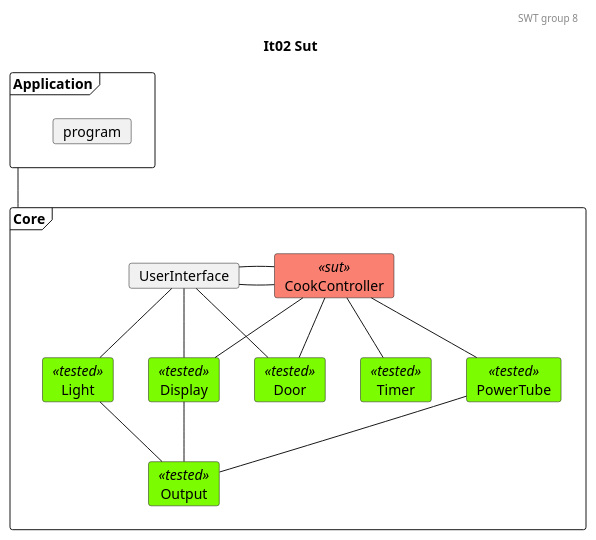
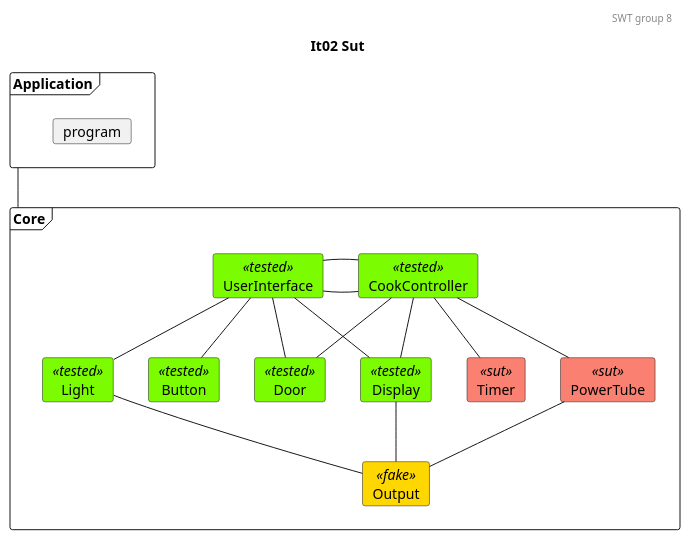
Before and after one commit to mikkel-ol/I4SWT-MicrowaveOven: the diagram in docs/SysTestTree2.plantuml, drawn with PlantUML. The commit also changed 5 other files, not shown here.

```diff
--- a/docs/SysTestTree2.plantuml
+++ b/docs/SysTestTree2.plantuml
@@ -1,57 +1,60 @@
 @startuml
 
 'Testing colors:
 skinparam card{
     backgroundColor<<tested>> lawngreen
     backgroundColor<<sut>> salmon
-    'backgroundColor<<tested>> gold
+    backgroundColor<<test>> salmon
+    backgroundColor<<fake>> gold
 }
 
 header SWT group 8
 title It02 Sut
 
 frame Application{
     card program
 }
 
 frame Core{
-    card UserInterface
-    card CookController<<sut>>
+    card UserInterface<<tested>>
+    card CookController<<tested>>
 
     card Door<<tested>>
     card Light<<tested>>
-    card Timer<<tested>>
-    card PowerTube<<tested>>
+    card Timer<<sut>>
+    card PowerTube<<sut>>
     card Display<<tested>>
-    card Output<<tested>>
+    card Output<<fake>>
+    card Button<<tested>>
 }
 
 'Relations projects
 ' 0. to 1.
 Application -- Core
 
 'Relations CookController:
 '1.
 CookController - UserInterface
 '1. to 2.
 CookController -- Door
 CookController -- Timer
 CookController -- PowerTube
 CookController -- Display
 
 'Relations UserInterface:
 '1.
 UserInterface - CookController
 '1. to 2.
 UserInterface -- Light
 UserInterface -- Door
 UserInterface -- Display
+UserInterface -- Button
 
 ' Relations 2. to 3.
 Light -- Output
 Display -- Output
 PowerTube -- Output
 
 
 
 @enduml
```
